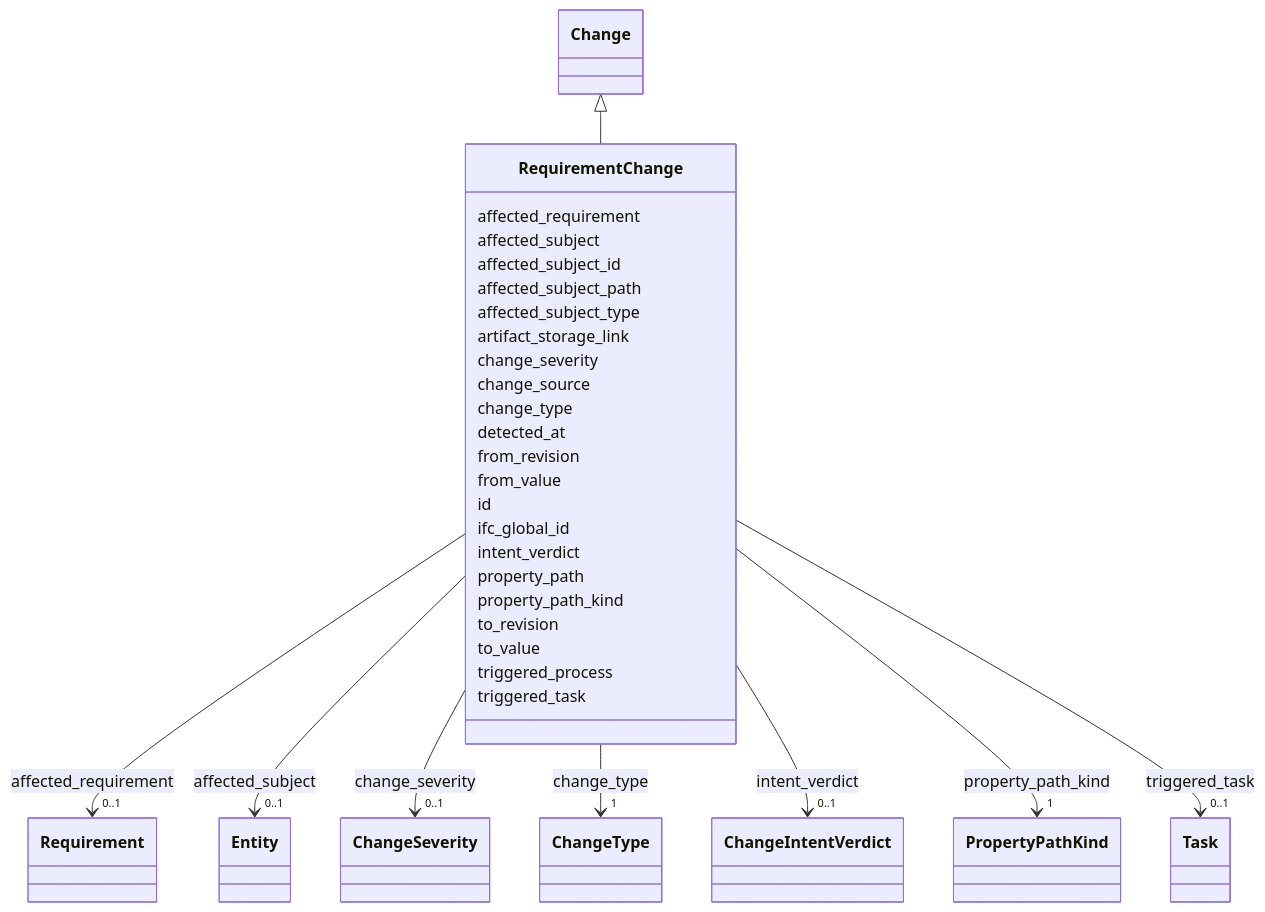
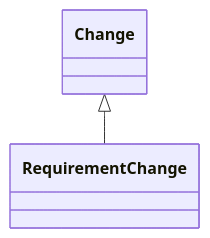
The diagram in site/.md-src/schema/RequirementChange.md (simondilhas/pragmatic-bim-data-contract), drawn with Mermaid before and after one commit. The commit also changed 561 other files, not shown here.

First line of the commit message:
Integrate Mermaid and Panzoom for enhanced documentation visualization

````diff
--- a/site/.md-src/schema/RequirementChange.md
+++ b/site/.md-src/schema/RequirementChange.md
@@ -23,42 +23,15 @@
 ```mermaid
- classDiagram
-    class RequirementChange
-    click RequirementChange href "./RequirementChange.html"
-      Change <|-- RequirementChange
-        click Change href "./Change.html"
-      RequirementChange : affected_requirement
-        RequirementChange --> "0..1" Requirement : affected_requirement
-        click Requirement href "./Requirement.html"
-      RequirementChange : affected_subject
-        RequirementChange --> "0..1" Entity : affected_subject
-        click Entity href "./Entity.html"
-      RequirementChange : affected_subject_id
-      RequirementChange : affected_subject_path
-      RequirementChange : affected_subject_type
-      RequirementChange : artifact_storage_link
-      RequirementChange : change_severity
-        RequirementChange --> "0..1" ChangeSeverity : change_severity
-        click ChangeSeverity href "./ChangeSeverity.html"
-      RequirementChange : change_source
-      RequirementChange : change_type
-        RequirementChange --> "1" ChangeType : change_type
-        click ChangeType href "./ChangeType.html"
-      RequirementChange : detected_at
-      RequirementChange : from_revision
-      RequirementChange : from_value
-      RequirementChange : id
-      RequirementChange : ifc_global_id
-      RequirementChange : intent_verdict
-        RequirementChange --> "0..1" ChangeIntentVerdict : intent_verdict
-        click ChangeIntentVerdict href "./ChangeIntentVerdict.html"
-      RequirementChange : property_path
-      RequirementChange : property_path_kind
-        RequirementChange --> "1" PropertyPathKind : property_path_kind
-        click PropertyPathKind href "./PropertyPathKind.html"
-      RequirementChange : to_revision
-      RequirementChange : to_value
-      RequirementChange : triggered_process
-      RequirementChange : triggered_task
-        RequirementChange --> "0..1" Task : triggered_task
-        click Task href "./Task.html"
+classDiagram
+direction TB
+class RequirementChange
+click RequirementChange href "./RequirementChange.html" _blank
+Change <|-- RequirementChange
+click Change href "./Change.html" _blank
+click Requirement href "./Requirement.html" _blank
+click Entity href "./Entity.html" _blank
+click ChangeSeverity href "./ChangeSeverity.html" _blank
+click ChangeType href "./ChangeType.html" _blank
+click ChangeIntentVerdict href "./ChangeIntentVerdict.html" _blank
+click PropertyPathKind href "./PropertyPathKind.html" _blank
+click Task href "./Task.html" _blank
 ```
````
